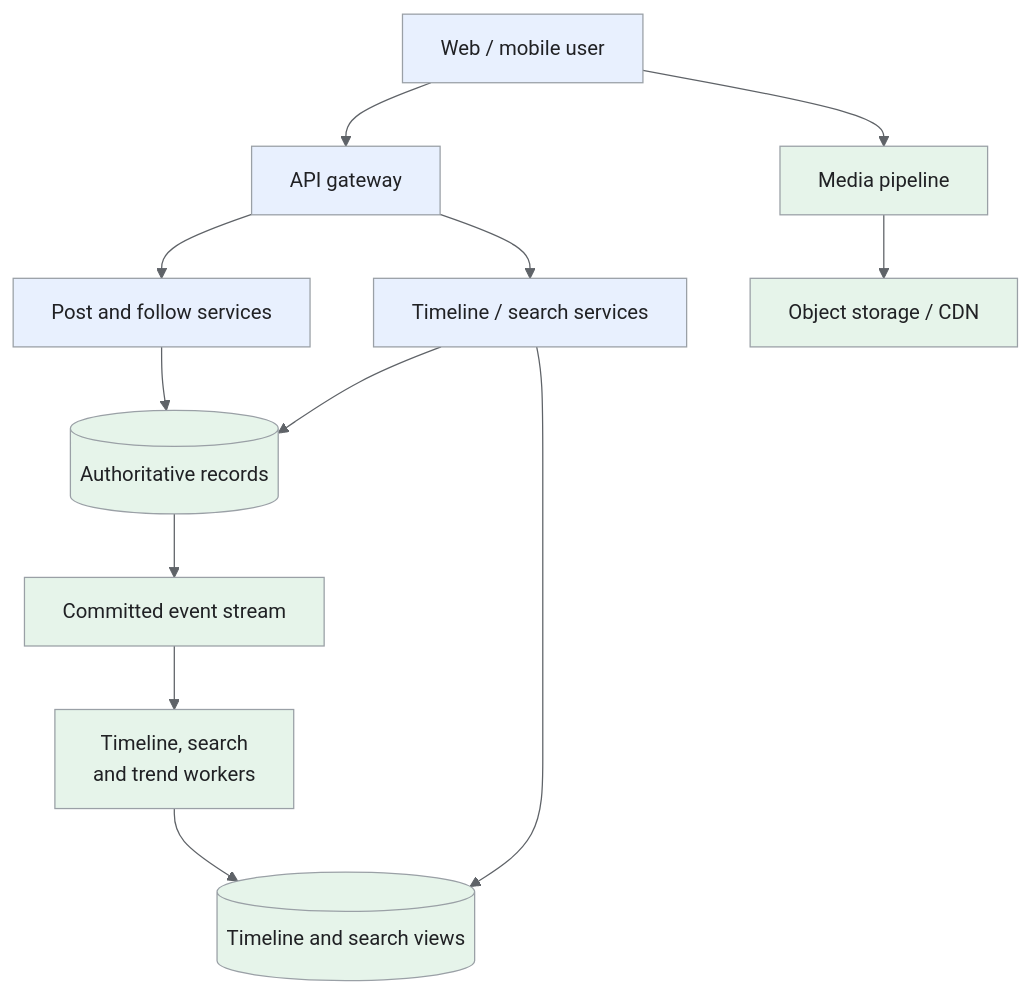
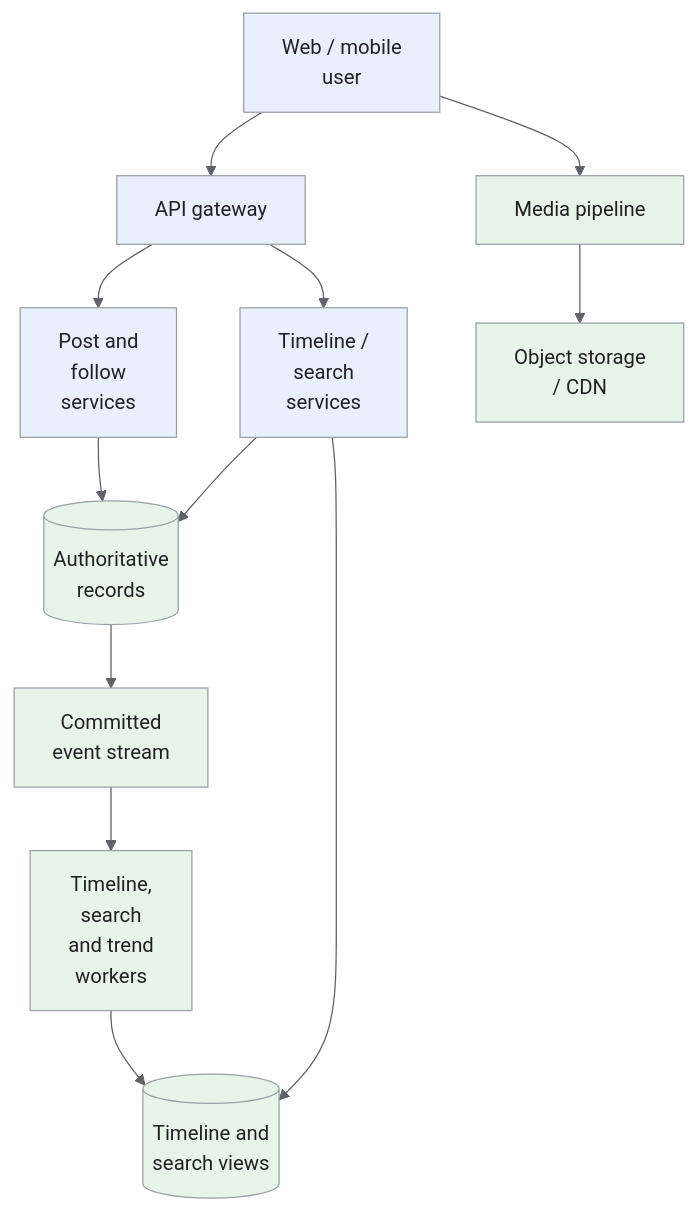
Before and after one commit to iliazlobin/iliazlobin.github.io: the first of 6 diagrams in _designs/system-design-twitter-x.md, drawn with Mermaid. The commit also changed other lines of this file and 116 other files, not shown here.

````diff
--- a/_designs/system-design-twitter-x.md
+++ b/_designs/system-design-twitter-x.md
@@ -148,21 +148,21 @@
 ```mermaid
-%%{init: {'theme':'base','themeVariables':{'primaryColor':'#e8f0fe','primaryTextColor':'#202124','primaryBorderColor':'#9aa0a6','lineColor':'#5f6368','secondaryColor':'#e6f4ea','tertiaryColor':'#fef7e0','actorBkg':'#e8f0fe','actorBorder':'#9aa0a6','actorTextColor':'#202124','noteBkgColor':'#fef7e0','noteTextColor':'#202124','noteBorderColor':'#9aa0a6','signalColor':'#5f6368','signalTextColor':'#202124','labelBoxBkgColor':'#fef7e0','labelBoxBorderColor':'#9aa0a6'}}}%%
+%%{init: {"theme":"base","themeVariables":{"primaryColor":"#e8f0fe","primaryBorderColor":"#9aa0a6","primaryTextColor":"#202124","secondaryColor":"#e6f4ea","tertiaryColor":"#fef7e0","lineColor":"#5f6368","actorBkg":"#e8f0fe","actorBorder":"#9aa0a6","actorTextColor":"#202124","noteBkgColor":"#fef7e0","noteBorderColor":"#9aa0a6","noteTextColor":"#202124","signalColor":"#5f6368","signalTextColor":"#202124"}}}%%
 flowchart TB
-  U["Web / mobile user"] --> API["API gateway"]
-  API --> WRITE["Post and follow services"]
-  WRITE --> DB[("Authoritative records")]
-  DB --> EVENTS["Committed event stream"]
-  EVENTS --> DERIVED["Timeline, search<br/>and trend workers"]
-  DERIVED --> VIEWS[("Timeline and search views")]
-  API --> READ["Timeline / search services"]
+  U["Web / mobile<br>user"] --> API["API gateway"]
+  API --> WRITE["Post and<br>follow<br>services"]
+  WRITE --> DB[("Authoritative<br>records")]
+  DB --> EVENTS["Committed<br>event stream"]
+  EVENTS --> DERIVED["Timeline,<br>search<br>and trend<br>workers"]
+  DERIVED --> VIEWS[("Timeline and<br>search views")]
+  API --> READ["Timeline /<br>search<br>services"]
   READ --> VIEWS
   READ --> DB
   U --> MEDIA["Media pipeline"]
-  MEDIA --> CDN["Object storage / CDN"]
+  MEDIA --> CDN["Object storage<br>/ CDN"]
 classDef request fill:#e8f0fe,stroke:#9aa0a6,color:#202124;
 classDef data fill:#e6f4ea,stroke:#9aa0a6,color:#202124;
 classDef control fill:#fef7e0,stroke:#9aa0a6,color:#202124;
 class U,API,WRITE,READ request;
 class DB,EVENTS,DERIVED,VIEWS,MEDIA,CDN data;
 
 ```
````
